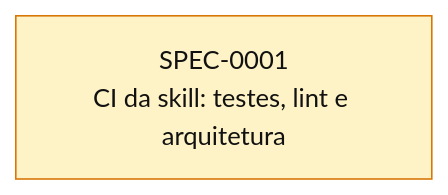
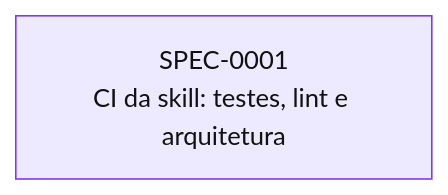
The diagram in docs/specs/INDEX.md (thomasravache/ai-dev-brain), drawn with Mermaid (base theme) before and after one commit. The commit also changed other lines of this file and 5 other files, not shown here.

````diff
--- a/docs/specs/INDEX.md
+++ b/docs/specs/INDEX.md
@@ -38,9 +38,9 @@
 ```mermaid
 flowchart LR
-  S0001["SPEC-0001<br/>CI da skill: testes, lint e arquitetura"]:::proposed
+  S0001["SPEC-0001<br/>CI da skill: testes, lint e arquitetura"]:::inprogress
   classDef proposed fill:#fef3c7,stroke:#d97706,color:#111
   classDef approved fill:#dbeafe,stroke:#2563eb,color:#111
   classDef inprogress fill:#ede9fe,stroke:#7c3aed,color:#111
   classDef implemented fill:#dcfce7,stroke:#16a34a,color:#111
   classDef deprecated fill:#f3f4f6,stroke:#9ca3af,color:#6b7280
 ```
````
